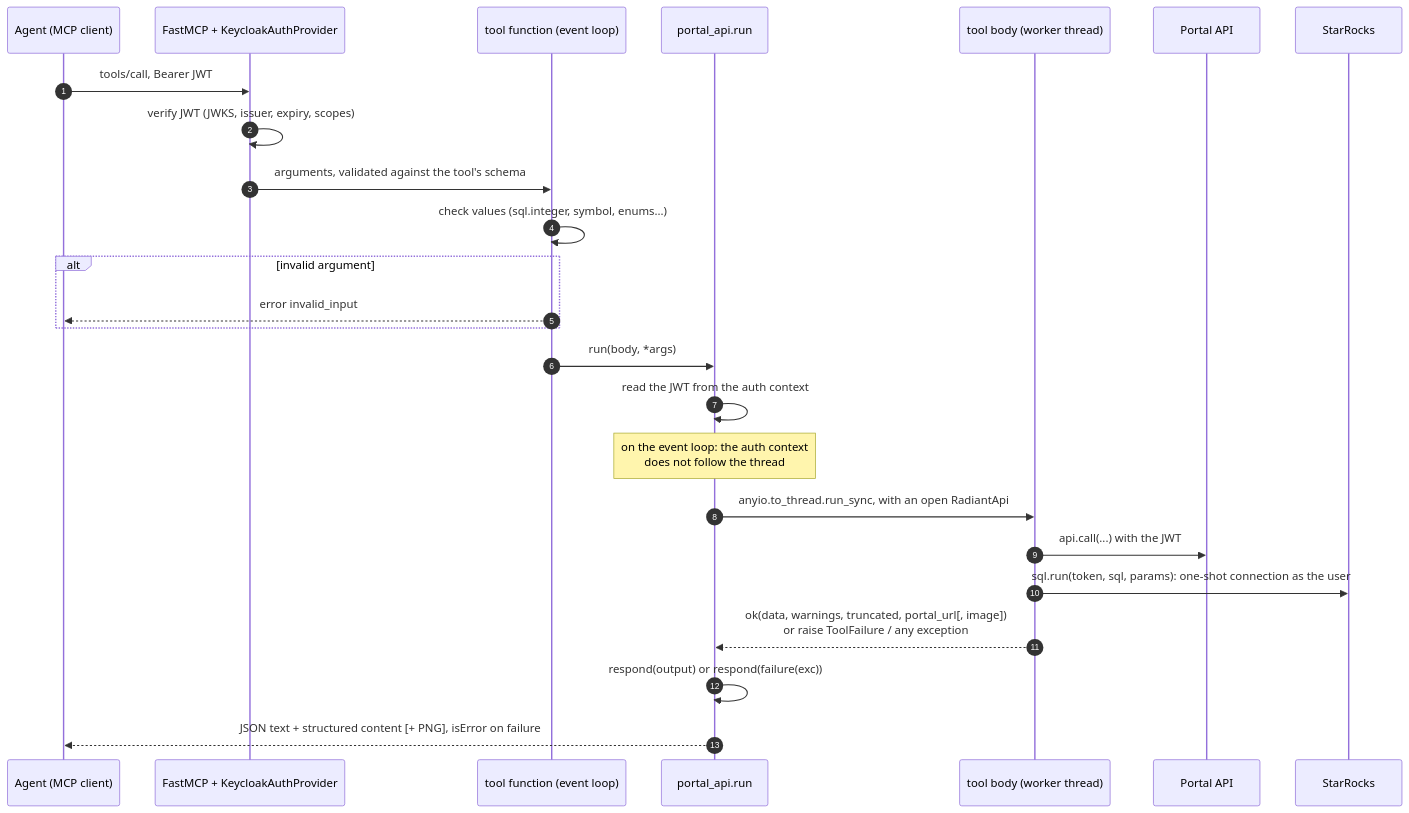
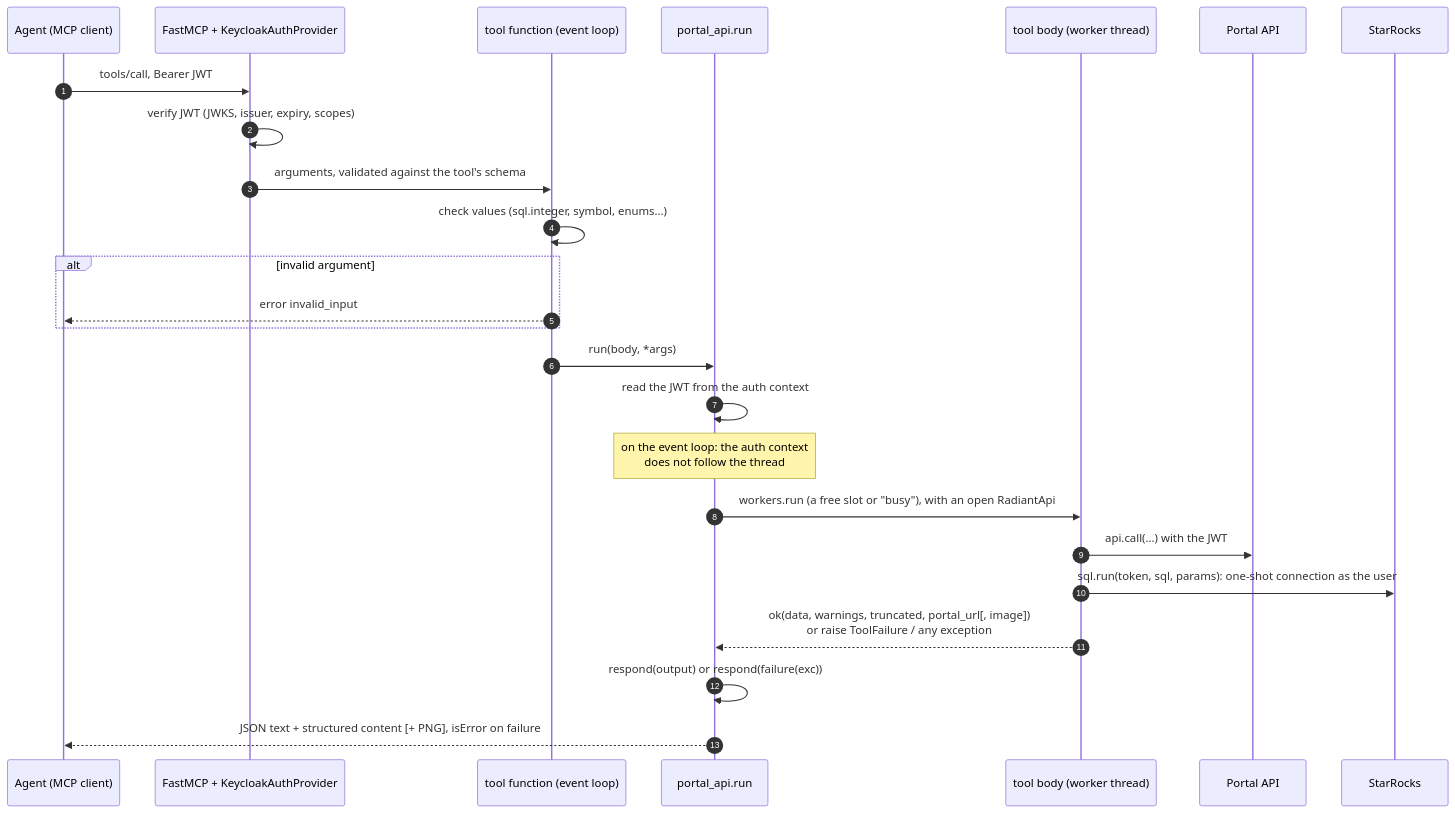
Before and after one commit to radiant-network/radiant-mcp: the third of 5 diagrams in docs/developer-guide.md, drawn with Mermaid. The commit also changed other lines of this file and 11 other files, not shown here.

````diff
--- a/docs/developer-guide.md
+++ b/docs/developer-guide.md
@@ -96,28 +96,28 @@
 ```mermaid
 sequenceDiagram
     autonumber
     participant A as Agent (MCP client)
     participant F as FastMCP + KeycloakAuthProvider
     participant T as tool function (event loop)
     participant R as portal_api.run
     participant W as tool body (worker thread)
     participant P as Portal API
     participant S as StarRocks
 
     A->>F: tools/call, Bearer JWT
     F->>F: verify JWT (JWKS, issuer, expiry, scopes)
     F->>T: arguments, validated against the tool's schema
     T->>T: check values (sql.integer, symbol, enums...)
     alt invalid argument
         T-->>A: error invalid_input
     end
     T->>R: run(body, *args)
     R->>R: read the JWT from the auth context
     Note over R: on the event loop: the auth context<br/>does not follow the thread
-    R->>W: anyio.to_thread.run_sync, with an open RadiantApi
+    R->>W: workers.run (a free slot or "busy"), with an open RadiantApi
     W->>P: api.call(...) with the JWT
     W->>S: sql.run(token, sql, params): one-shot connection as the user
     W-->>R: ok(data, warnings, truncated, portal_url[, image])<br/>or raise ToolFailure / any exception
     R->>R: respond(output) or respond(failure(exc))
     R-->>A: JSON text + structured content [+ PNG], isError on failure
 ```
````
